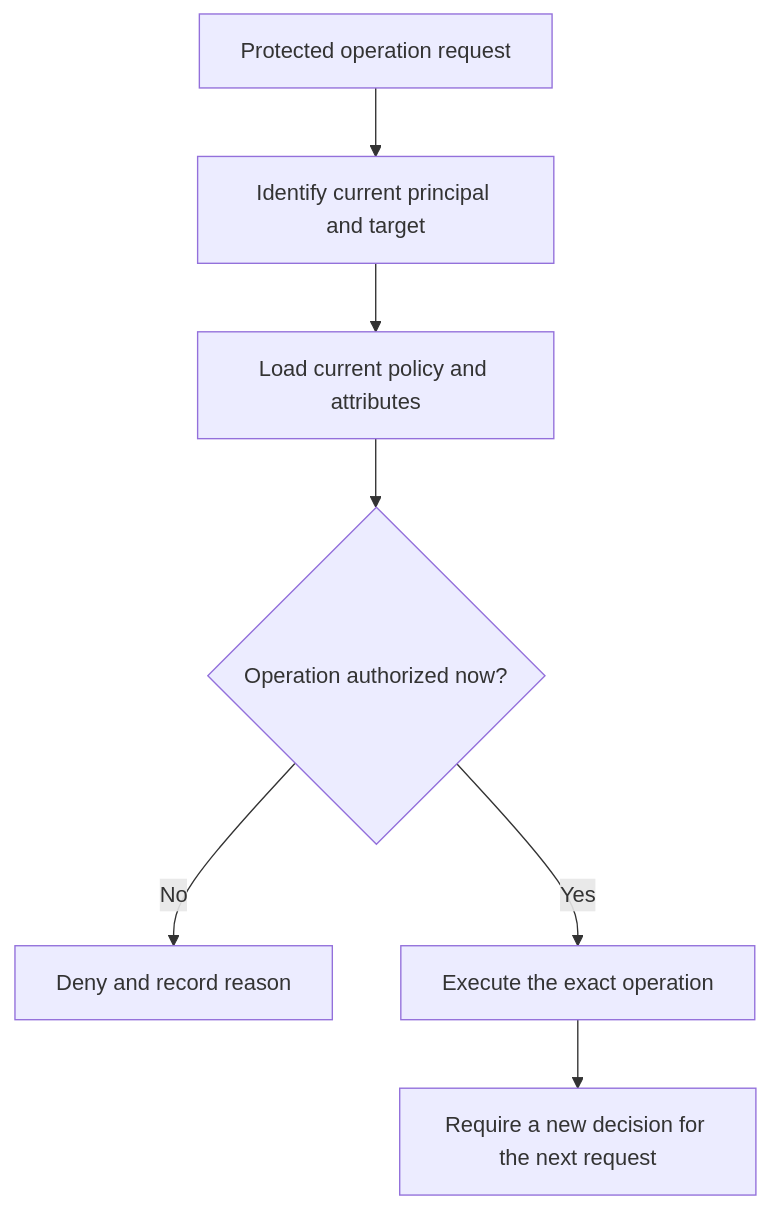
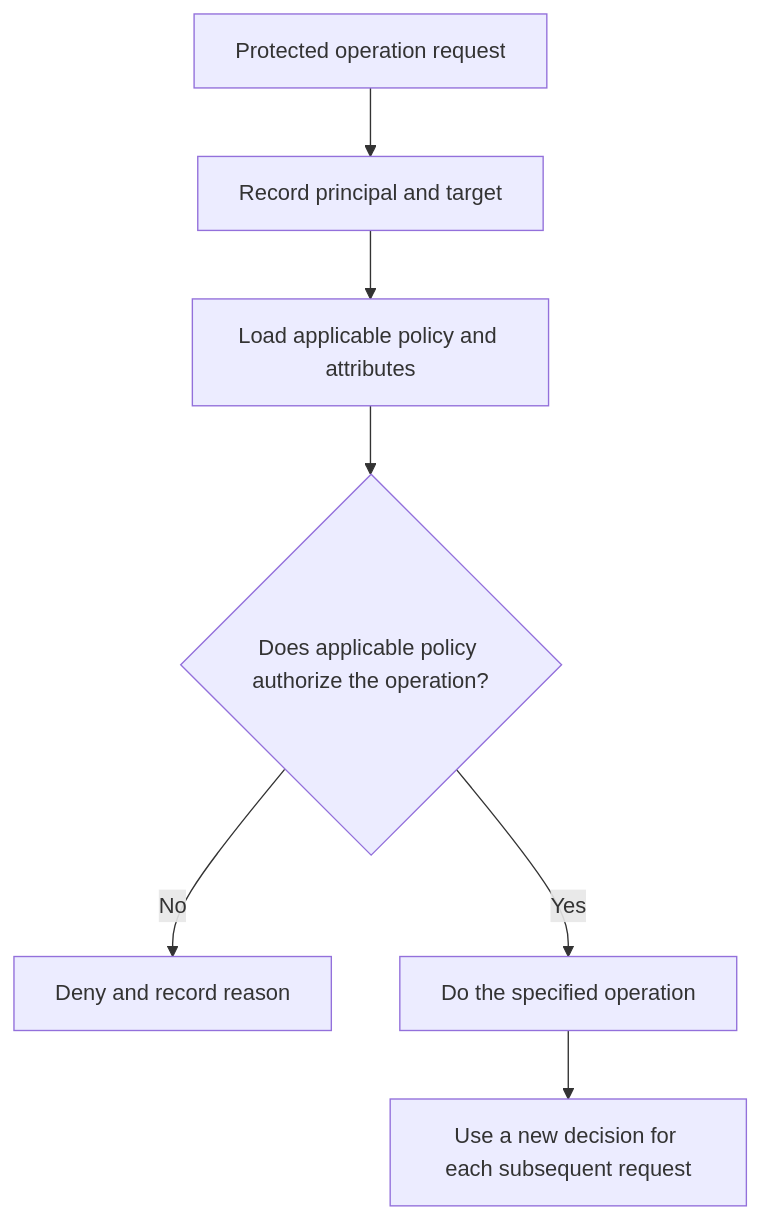
One commit to HomericIntelligence/Athena changed the diagram in docs/principles/details/p051-complete-mediation.md. Above: the diagram before and after it, drawn with Mermaid. The commit also changed other lines of this file and 91 other files, not shown here.

````diff
--- a/docs/principles/details/p051-complete-mediation.md
+++ b/docs/principles/details/p051-complete-mediation.md
@@ -36,9 +36,9 @@
 ```mermaid
 flowchart TD
-    A["Protected operation request"] --> B["Identify current principal and target"]
-    B --> C["Load current policy and attributes"]
-    C --> D{"Operation authorized now?"}
+    A["Protected operation request"] --> B["Record principal and target"]
+    B --> C["Load applicable policy and attributes"]
+    C --> D{"Does applicable policy authorize the operation?"}
     D -- "No" --> E["Deny and record reason"]
-    D -- "Yes" --> F["Execute the exact operation"]
-    F --> G["Require a new decision for the next request"]
+    D -- "Yes" --> F["Do the specified operation"]
+    F --> G["Use a new decision for each subsequent request"]
 ```
````
